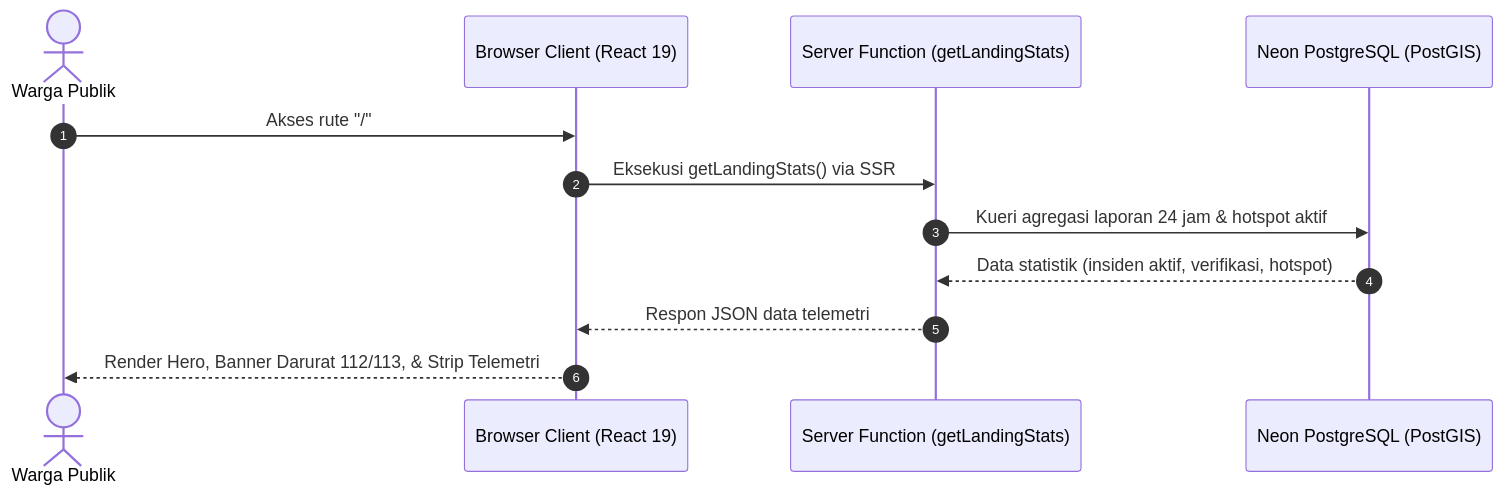
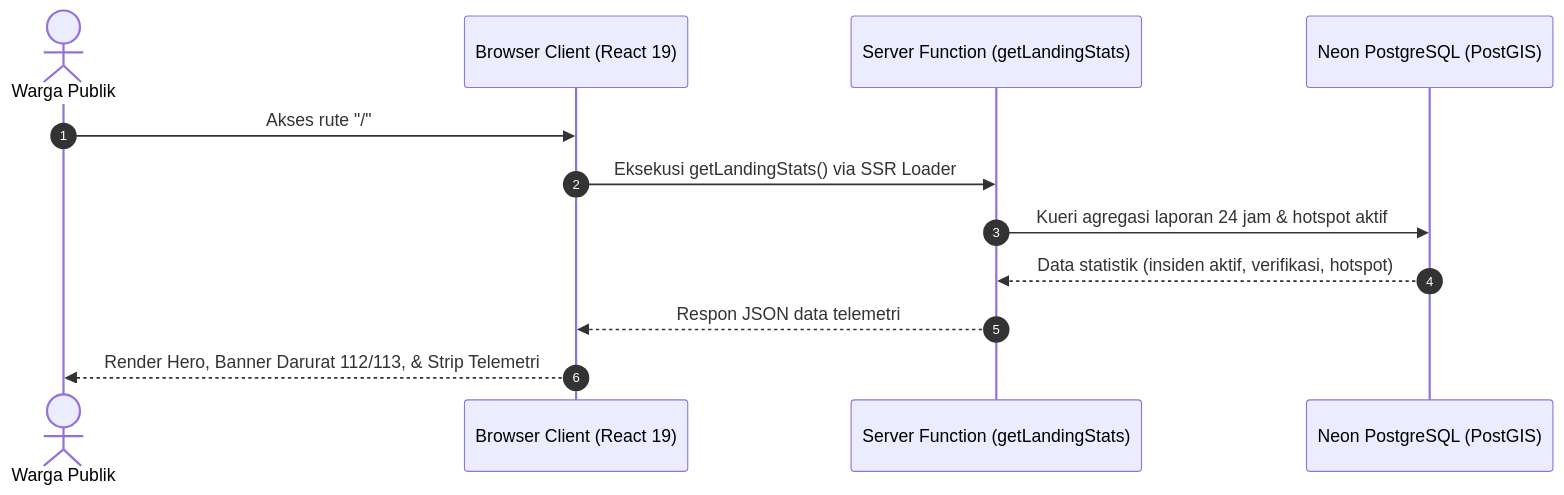
The first of 2 diagrams in docs/plans/01-landing-and-emergency-banner.md (muzaaqi/siaga-warga), drawn with Mermaid before and after one commit. The commit also changed other lines of this file, not shown here.

````diff
--- a/docs/plans/01-landing-and-emergency-banner.md
+++ b/docs/plans/01-landing-and-emergency-banner.md
@@ -34,15 +34,15 @@
 ```mermaid
 sequenceDiagram
   autonumber
   actor Warga as Warga Publik
   participant Browser as Browser Client (React 19)
   participant ServerFn as Server Function (getLandingStats)
   participant DB as Neon PostgreSQL (PostGIS)
 
   Warga->>Browser: Akses rute "/"
-  Browser->>ServerFn: Eksekusi getLandingStats() via SSR
+  Browser->>ServerFn: Eksekusi getLandingStats() via SSR Loader
   ServerFn->>DB: Kueri agregasi laporan 24 jam & hotspot aktif
   DB-->>ServerFn: Data statistik (insiden aktif, verifikasi, hotspot)
   ServerFn-->>Browser: Respon JSON data telemetri
   Browser-->>Warga: Render Hero, Banner Darurat 112/113, & Strip Telemetri
 ```
````
